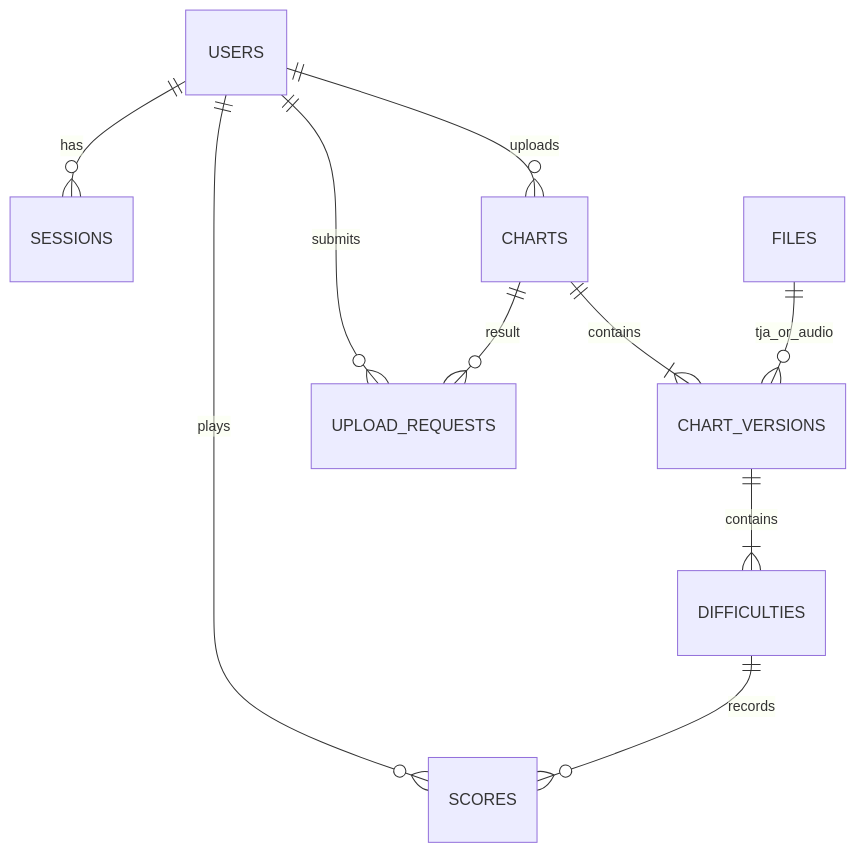
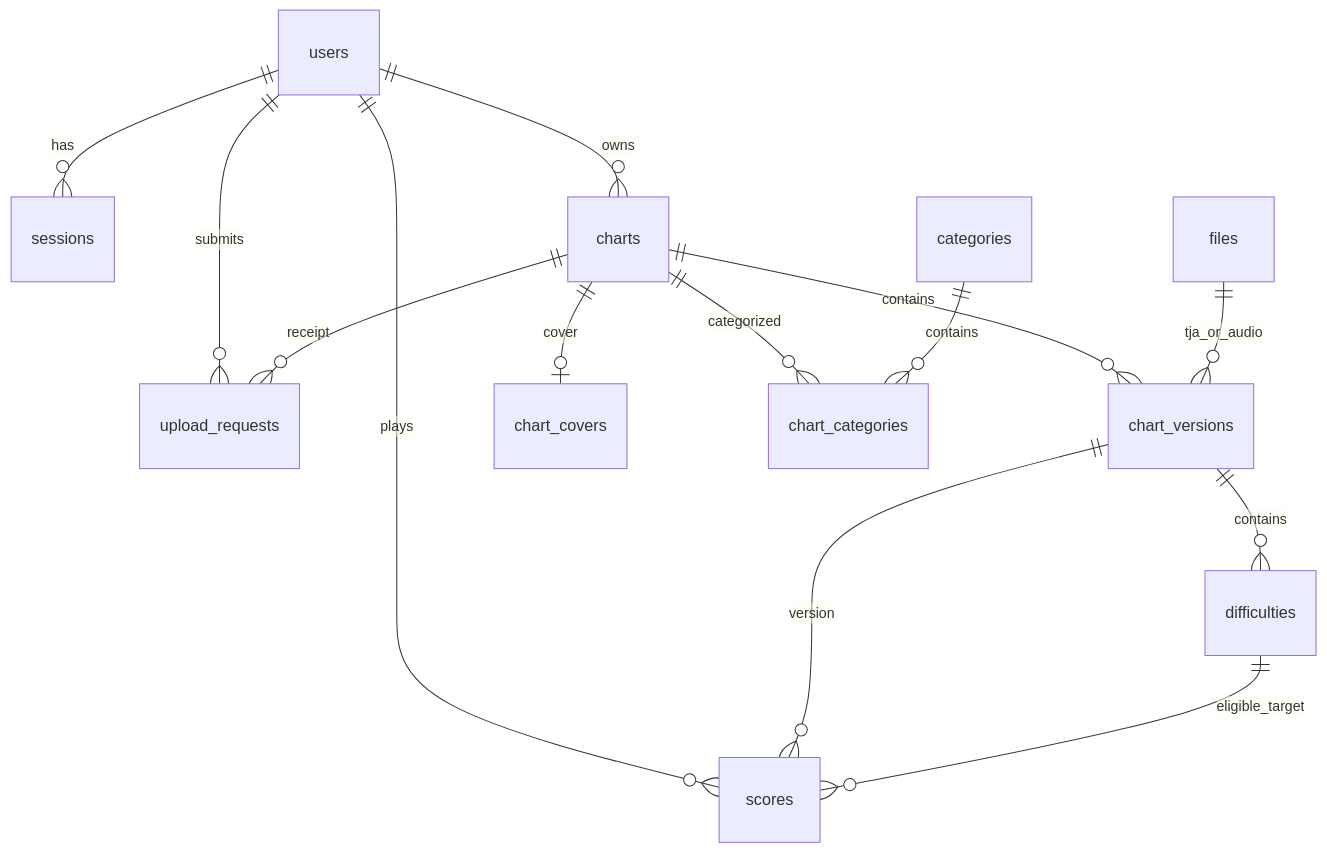
The diagram in docs/DATABASE.md (OurTaiko/FanmadeBackend), drawn with Mermaid before and after one commit. The commit also changed other lines of this file and 10 other files, not shown here.

````diff
--- a/docs/DATABASE.md
+++ b/docs/DATABASE.md
@@ -28,12 +19,16 @@
 ```mermaid
 erDiagram
-  USERS ||--o{ SESSIONS : has
-  USERS ||--o{ CHARTS : uploads
-  CHARTS ||--|{ CHART_VERSIONS : contains
-  CHART_VERSIONS ||--|{ DIFFICULTIES : contains
-  FILES ||--o{ CHART_VERSIONS : tja_or_audio
-  USERS ||--o{ SCORES : plays
-  DIFFICULTIES ||--o{ SCORES : records
-  USERS ||--o{ UPLOAD_REQUESTS : submits
-  CHARTS ||--o{ UPLOAD_REQUESTS : result
+  users ||--o{ sessions : has
+  users ||--o{ charts : owns
+  users ||--o{ scores : plays
+  users ||--o{ upload_requests : submits
+  charts ||--o{ chart_versions : contains
+  files ||--o{ chart_versions : tja_or_audio
+  chart_versions ||--o{ difficulties : contains
+  chart_versions ||--o{ scores : version
+  difficulties ||--o{ scores : eligible_target
+  charts ||--o{ upload_requests : receipt
+  charts ||--o| chart_covers : cover
+  charts ||--o{ chart_categories : categorized
+  categories ||--o{ chart_categories : contains
 ```
````
